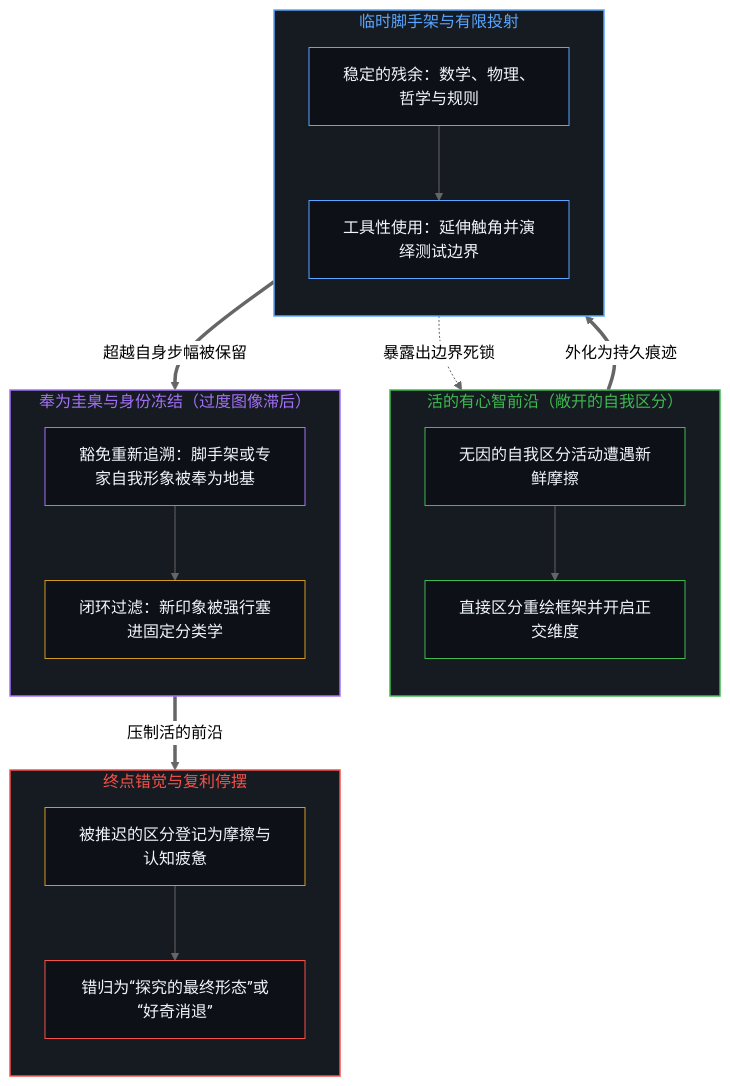
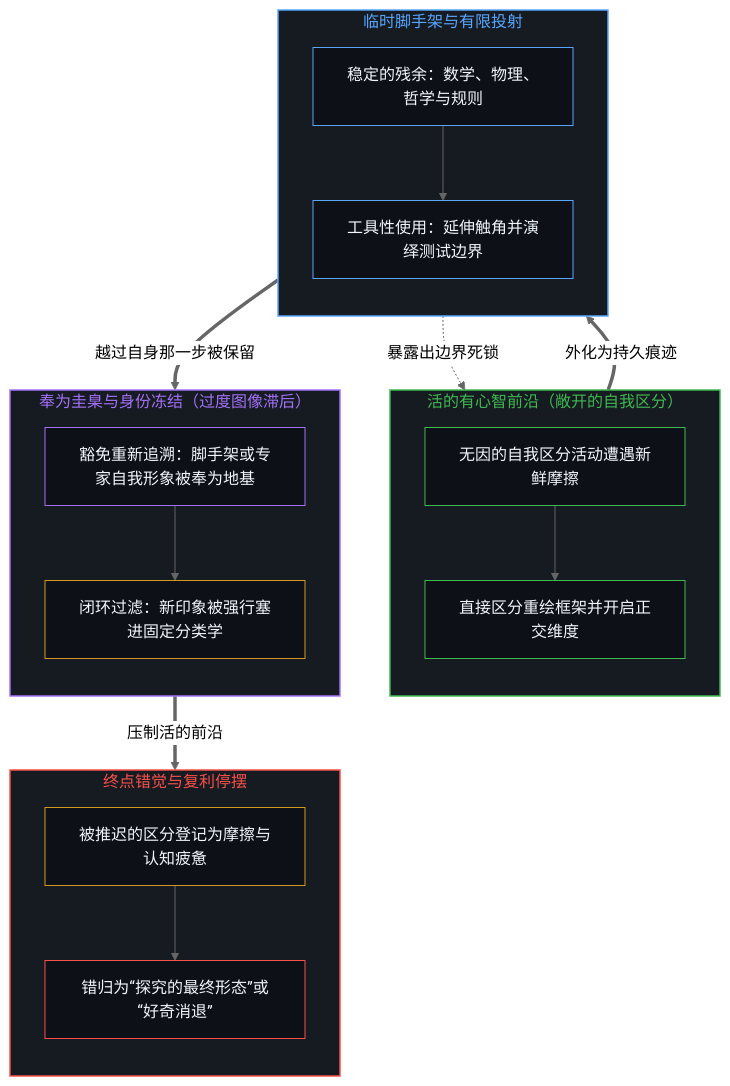
The first of 2 diagrams in content/posts/curiosity-has-no-final-form.md (powerpig99/not-a-toe), drawn with Mermaid (neutral theme) before and after one commit. The commit also changed other lines of this file and 5 other files, not shown here.

````diff
--- a/content/posts/curiosity-has-no-final-form.md
+++ b/content/posts/curiosity-has-no-final-form.md
@@ -27,43 +27,43 @@
 ```mermaid
 flowchart TD
     subgraph S_Edge["活的有心智前沿（敞开的自我区分）"]
         direction TB
         E1["无因的自我区分活动遭遇新鲜摩擦"]
         E2["直接区分重绘框架并开启正交维度"]
         E1 --> E2
     end
     subgraph S_Proj["临时脚手架与有限投射"]
         direction TB
         P1["稳定的残余：数学、物理、哲学与规则"]
         P2["工具性使用：延伸触角并演绎测试边界"]
         P1 --> P2
     end
     subgraph S_Freeze["奉为圭臬与身份冻结（过度图像滞后）"]
         direction TB
         F1["豁免重新追溯：脚手架或专家自我形象被奉为地基"]
         F2["闭环过滤：新印象被强行塞进固定分类学"]
         F1 --> F2
     end
     subgraph S_Collapse["终点错觉与复利停摆"]
         direction TB
         C1["被推迟的区分登记为摩擦与认知疲惫"]
         C2["错归为“探究的最终形态”或“好奇消退”"]
         C1 --> C2
     end
     E2 ==>|"外化为持久痕迹"| P1
-    P2 ==>|"超越自身步幅被保留"| F1
+    P2 ==>|"越过自身那一步被保留"| F1
     F2 ==>|"压制活的前沿"| C1
     P2 -.->|"暴露出边界死锁"| E2
     style S_Edge fill:#161b22,stroke:#3fb950,stroke-width:1.5px,color:#3fb950
     style S_Proj fill:#161b22,stroke:#58a6ff,stroke-width:1.5px,color:#58a6ff
     style S_Freeze fill:#161b22,stroke:#a371f7,stroke-width:1.5px,color:#a371f7
     style S_Collapse fill:#161b22,stroke:#f85149,stroke-width:1.5px,color:#f85149
     style E1 fill:#0d1117,stroke:#3fb950,stroke-width:1px,color:#f0f6fc
     style E2 fill:#0d1117,stroke:#3fb950,stroke-width:1px,color:#f0f6fc
     style P1 fill:#0d1117,stroke:#58a6ff,stroke-width:1px,color:#f0f6fc
     style P2 fill:#0d1117,stroke:#58a6ff,stroke-width:1px,color:#f0f6fc
     style F1 fill:#0d1117,stroke:#a371f7,stroke-width:1px,color:#f0f6fc
     style F2 fill:#0d1117,stroke:#d29922,stroke-width:1px,color:#f0f6fc
     style C1 fill:#0d1117,stroke:#d29922,stroke-width:1px,color:#f0f6fc
     style C2 fill:#0d1117,stroke:#f85149,stroke-width:1px,color:#f0f6fc
 ```
````
